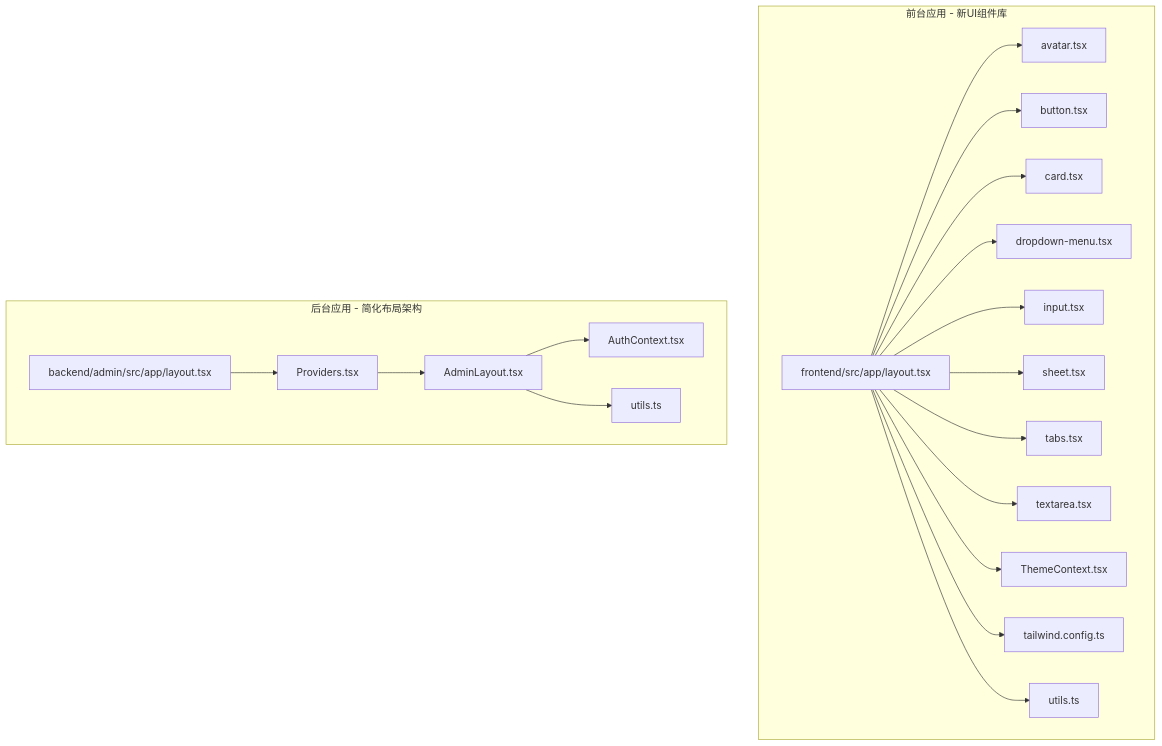
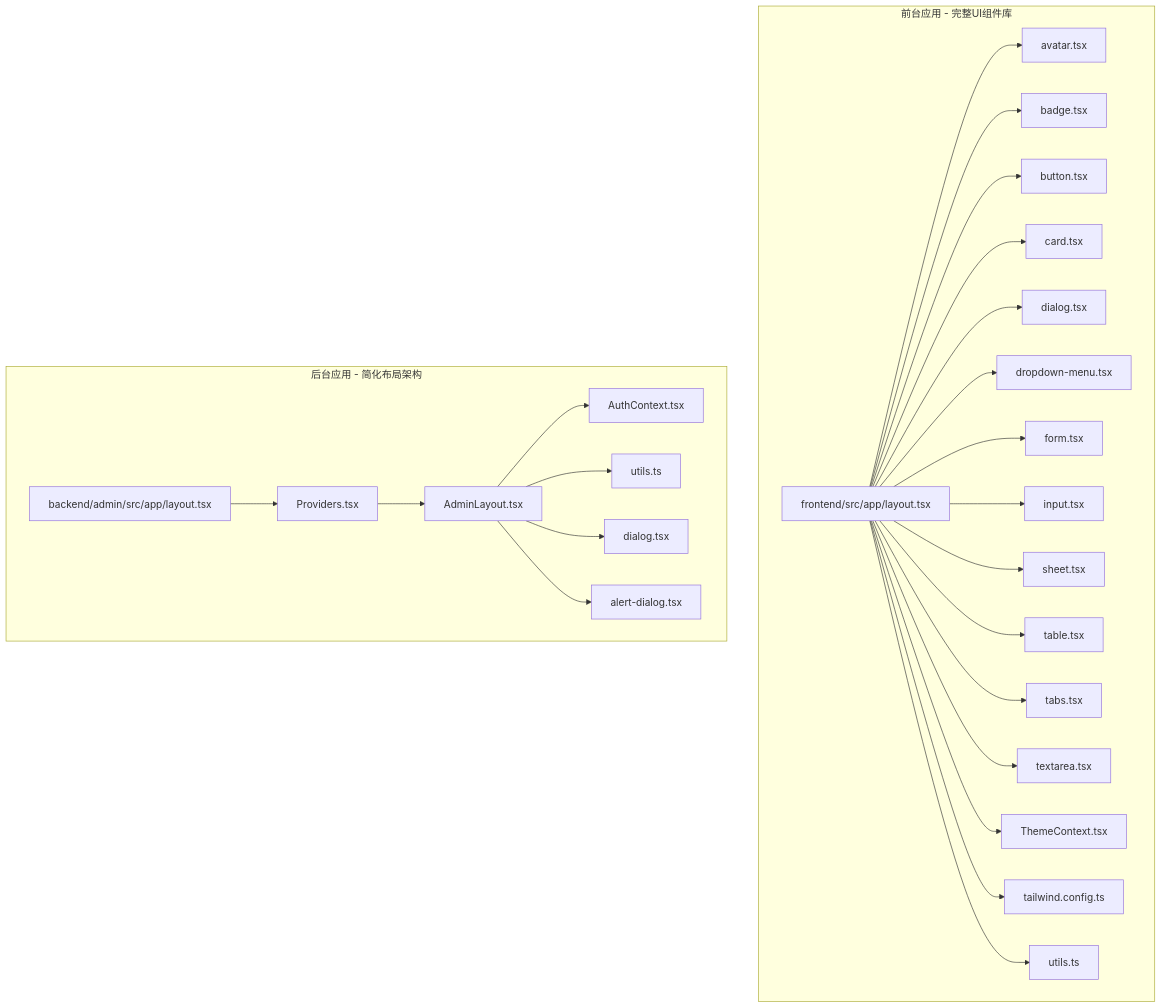
Before and after one commit to KunLabAI/KunFlix: the first of 5 diagrams in .qoder/repowiki/zh/content/前端开发指南/UI 组件设计.md, drawn with Mermaid. The commit also changed other lines of this file and 155 other files, not shown here.

````diff
--- a/.qoder/repowiki/zh/content/前端开发指南/UI 组件设计.md
+++ b/.qoder/repowiki/zh/content/前端开发指南/UI 组件设计.md
@@ -56,39 +63,51 @@
 ```mermaid
 graph TB
-subgraph "前台应用 - 新UI组件库"
+subgraph "前台应用 - 完整UI组件库"
 FRoot["frontend/src/app/layout.tsx"]
 FAvatar["avatar.tsx"]
+FBadge["badge.tsx"]
 FButton["button.tsx"]
 FCard["card.tsx"]
+FDialog["dialog.tsx"]
 FDropdown["dropdown-menu.tsx"]
+FForm["form.tsx"]
 FInput["input.tsx"]
 FSheet["sheet.tsx"]
+FTable["table.tsx"]
 FTabs["tabs.tsx"]
 FTextarea["textarea.tsx"]
 FTheme["ThemeContext.tsx"]
 FTailwind["tailwind.config.ts"]
 FUtils["utils.ts"]
 end
 subgraph "后台应用 - 简化布局架构"
 ARoot["backend/admin/src/app/layout.tsx"]
 AProviders["Providers.tsx"]
 AAL["AdminLayout.tsx"]
 AAuth["AuthContext.tsx"]
 AUtil["utils.ts"]
+ADialog["dialog.tsx"]
+AAlert["alert-dialog.tsx"]
 end
 FRoot --> FAvatar
+FRoot --> FBadge
 FRoot --> FButton
 FRoot --> FCard
+FRoot --> FDialog
 FRoot --> FDropdown
+FRoot --> FForm
 FRoot --> FInput
 FRoot --> FSheet
+FRoot --> FTable
 FRoot --> FTabs
 FRoot --> FTextarea
 FRoot --> FTheme
 FRoot --> FTailwind
 FRoot --> FUtils
 ARoot --> AProviders
 AProviders --> AAL
 AAL --> AAuth
 AAL --> AUtil
+AAL --> ADialog
+AAL --> AAlert
 ```
````
